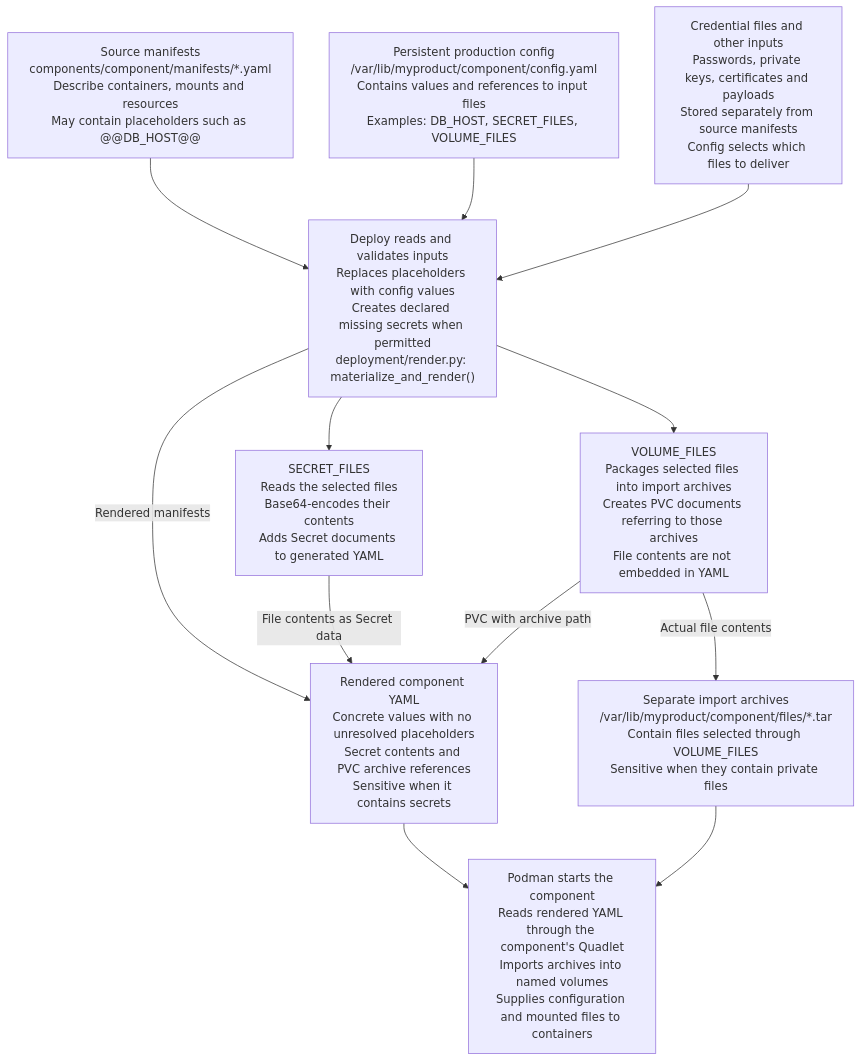
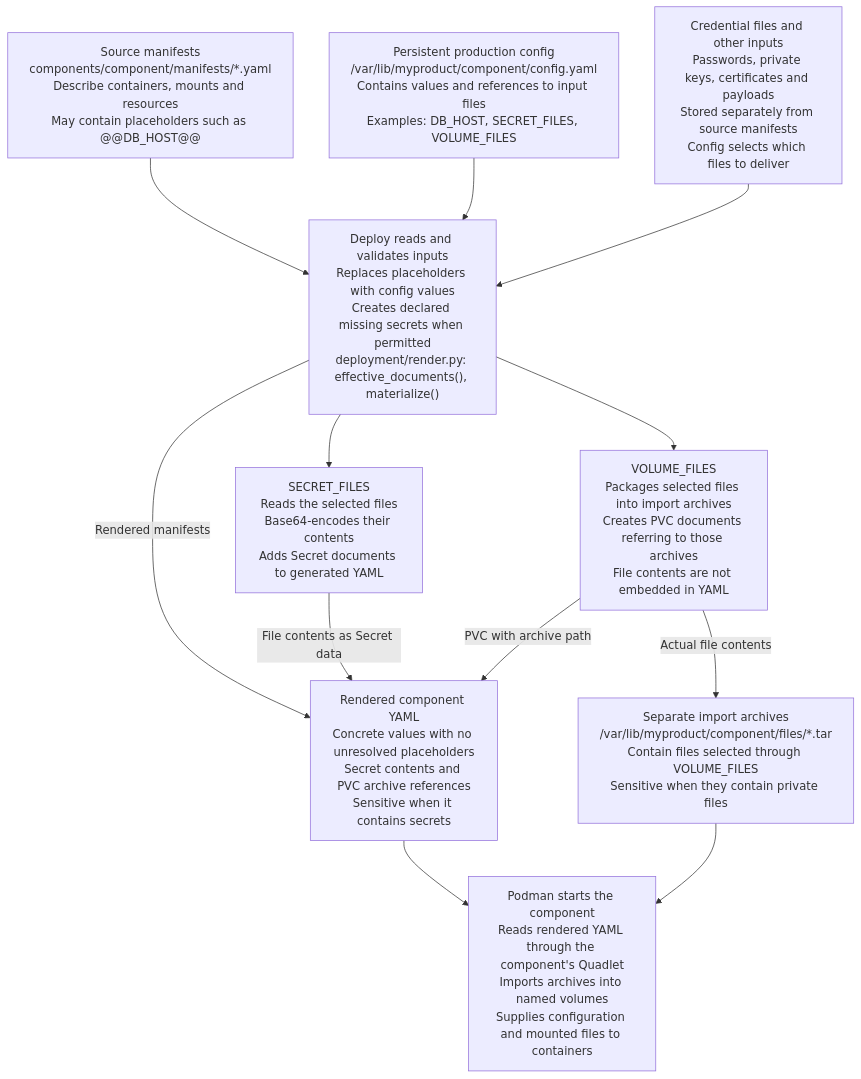
The first of 3 diagrams in README.md (gunstein/podman_offline), drawn with Mermaid before and after one commit. The commit also changed other lines of this file and 12 other files, not shown here.

````diff
--- a/README.md
+++ b/README.md
@@ -398,59 +398,59 @@
 ```mermaid
 flowchart TD
     MANIFEST["`Source manifests
     components/component/manifests/*.yaml
     Describe containers, mounts and resources
     May contain placeholders such as @@DB_HOST@@`"]
 
     CONFIG["`Persistent production config
     /var/lib/myproduct/component/config.yaml
     Contains values and references to input files
     Examples: DB_HOST, SECRET_FILES, VOLUME_FILES`"]
 
     FILES["`Credential files and other inputs
     Passwords, private keys, certificates and payloads
     Stored separately from source manifests
     Config selects which files to deliver`"]
 
     RENDER["`Deploy reads and validates inputs
     Replaces placeholders with config values
     Creates declared missing secrets when permitted
-    deployment/render.py: materialize_and_render()`"]
+    deployment/render.py: effective_documents(), materialize()`"]
 
     SECRET["`SECRET_FILES
     Reads the selected files
     Base64-encodes their contents
     Adds Secret documents to generated YAML`"]
 
     VOLUME["`VOLUME_FILES
     Packages selected files into import archives
     Creates PVC documents referring to those archives
     File contents are not embedded in YAML`"]
 
     YAML["`Rendered component YAML
     Concrete values with no unresolved placeholders
     Secret contents and PVC archive references
     Sensitive when it contains secrets`"]
 
     ARCHIVE["`Separate import archives
     /var/lib/myproduct/component/files/*.tar
     Contain files selected through VOLUME_FILES
     Sensitive when they contain private files`"]
 
     PODMAN["`Podman starts the component
     Reads rendered YAML through the component's Quadlet
     Imports archives into named volumes
     Supplies configuration and mounted files to containers`"]
 
     MANIFEST --> RENDER
     CONFIG --> RENDER
     FILES --> RENDER
     RENDER -->|Rendered manifests| YAML
     RENDER --> SECRET
     SECRET -->|File contents as Secret data| YAML
     RENDER --> VOLUME
     VOLUME -->|PVC with archive path| YAML
     VOLUME -->|Actual file contents| ARCHIVE
     YAML --> PODMAN
     ARCHIVE --> PODMAN
 ```
````
